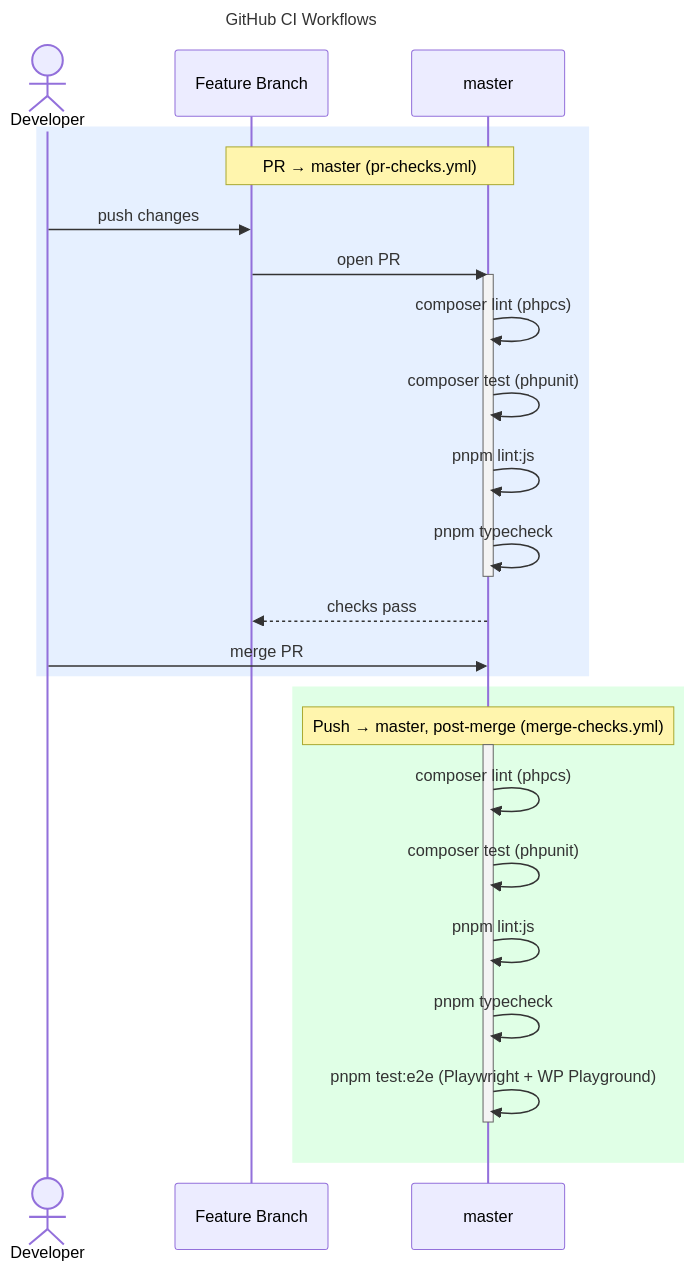
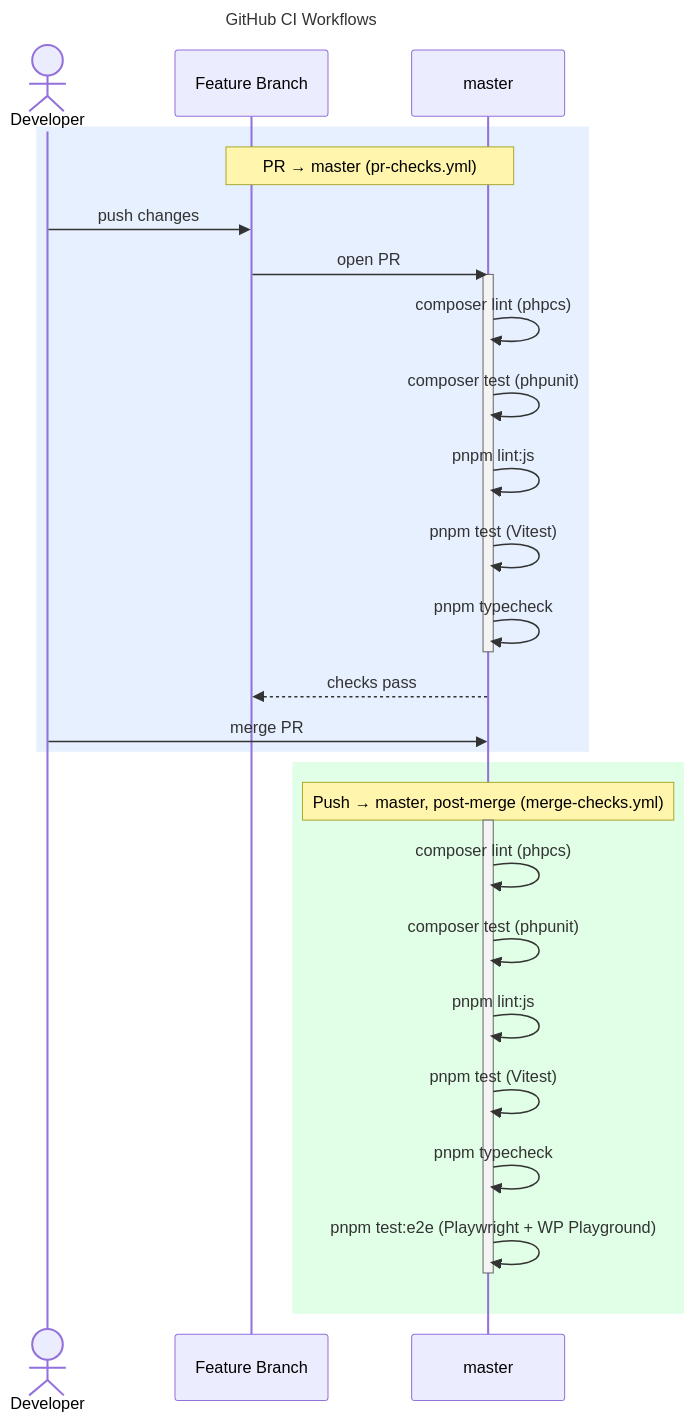
One commit to erdembircan/battery-surf-bench changed the diagram in docs/contracts/ci-workflow.mmd. Above: the diagram before and after it, drawn with Mermaid. The commit also changed 11 other files, not shown here.

Commit message:
[TEST]: add Vitest + React Testing Library JS unit suite (#22)

```diff
--- a/docs/contracts/ci-workflow.mmd
+++ b/docs/contracts/ci-workflow.mmd
@@ -1,32 +1,34 @@
 ---
 title: GitHub CI Workflows
 ---
 sequenceDiagram
     actor Dev as Developer
     participant FB as Feature Branch
     participant M as master
 
     rect rgb(230, 240, 255)
         Note over FB,M: PR → master (pr-checks.yml)
         Dev->>FB: push changes
         FB->>M: open PR
         activate M
         M->>M: composer lint (phpcs)
         M->>M: composer test (phpunit)
         M->>M: pnpm lint:js
+        M->>M: pnpm test (Vitest)
         M->>M: pnpm typecheck
         deactivate M
         M-->>FB: checks pass
         Dev->>M: merge PR
     end
 
     rect rgb(224, 255, 230)
         Note over M: Push → master, post-merge (merge-checks.yml)
         activate M
         M->>M: composer lint (phpcs)
         M->>M: composer test (phpunit)
         M->>M: pnpm lint:js
+        M->>M: pnpm test (Vitest)
         M->>M: pnpm typecheck
         M->>M: pnpm test:e2e (Playwright + WP Playground)
         deactivate M
     end
```
